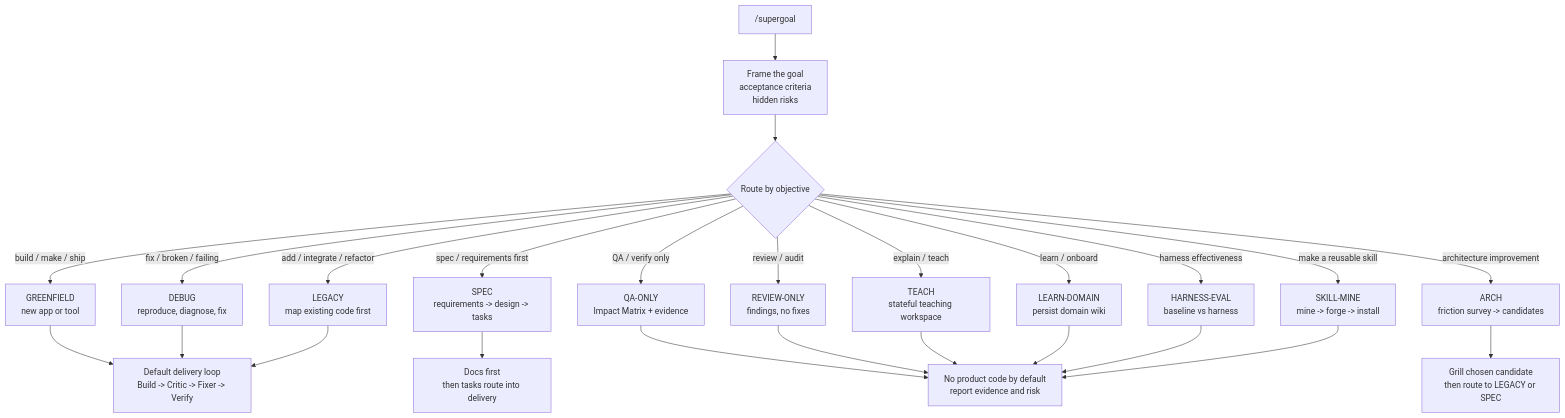
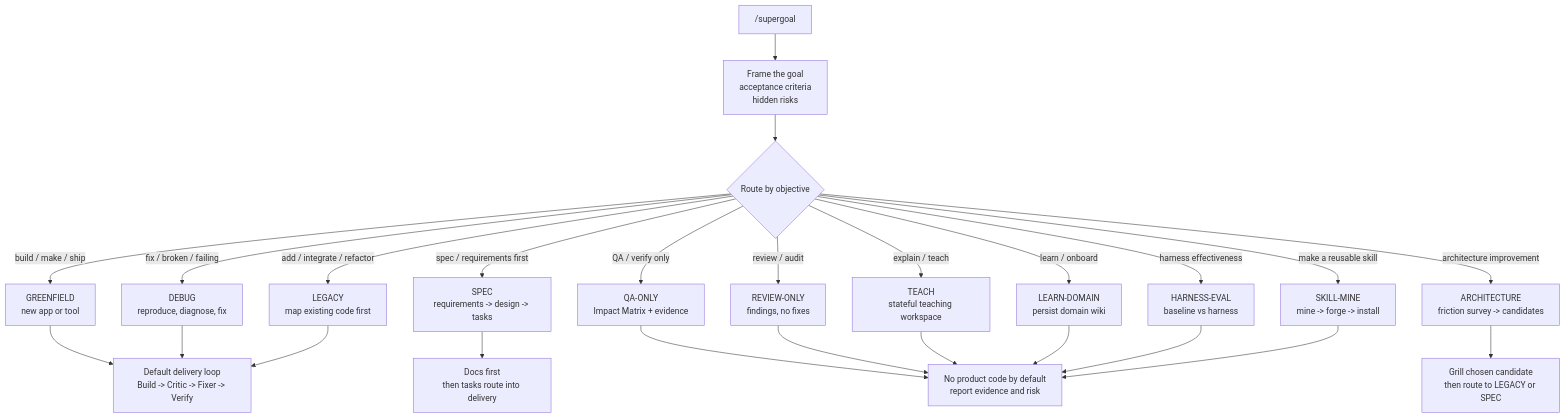
Before and after one commit to cskwork/supergoal-skill: the diagram in README.md, drawn with Mermaid. The commit also changed other lines of this file and 7 other files, not shown here.

First line of the commit message:
refactor: rename mode ARCH -> ARCHITECTURE for clarity

````diff
--- a/README.md
+++ b/README.md
@@ -60,31 +60,31 @@
 ```mermaid
 flowchart TD
     A["/supergoal <one heavy objective>"] --> B["Frame the goal<br/>acceptance criteria<br/>hidden risks"]
     B --> C{"Route by objective"}
 
     C -->|"build / make / ship"| GREENFIELD["GREENFIELD<br/>new app or tool"]
     C -->|"fix / broken / failing"| DEBUG["DEBUG<br/>reproduce, diagnose, fix"]
     C -->|"add / integrate / refactor"| LEGACY["LEGACY<br/>map existing code first"]
     C -->|"spec / requirements first"| SPEC["SPEC<br/>requirements -> design -> tasks"]
     C -->|"QA / verify only"| QAONLY["QA-ONLY<br/>Impact Matrix + evidence"]
     C -->|"review / audit"| REVIEW["REVIEW-ONLY<br/>findings, no fixes"]
-    C -->|"architecture improvement"| ARCH["ARCH<br/>friction survey -> candidates"]
+    C -->|"architecture improvement"| ARCHITECTURE["ARCHITECTURE<br/>friction survey -> candidates"]
     C -->|"explain / teach"| TEACH["TEACH<br/>stateful teaching workspace"]
     C -->|"learn / onboard"| LEARN["LEARN-DOMAIN<br/>persist domain wiki"]
     C -->|"harness effectiveness"| HARNESS["HARNESS-EVAL<br/>baseline vs harness"]
     C -->|"make a reusable skill"| SKILLMINE["SKILL-MINE<br/>mine -> forge -> install"]
 
     GREENFIELD --> LOOP["Default delivery loop<br/>Build -> Critic -> Fixer -> Verify"]
     DEBUG --> LOOP
     LEGACY --> LOOP
 
     SPEC --> DOCS["Docs first<br/>then tasks route into delivery"]
-    ARCH --> PICK["Grill chosen candidate<br/>then route to LEGACY or SPEC"]
+    ARCHITECTURE --> PICK["Grill chosen candidate<br/>then route to LEGACY or SPEC"]
 
     QAONLY --> REPORT["No product code by default<br/>report evidence and risk"]
     REVIEW --> REPORT
     TEACH --> REPORT
     LEARN --> REPORT
     HARNESS --> REPORT
     SKILLMINE --> REPORT
 ```
````
